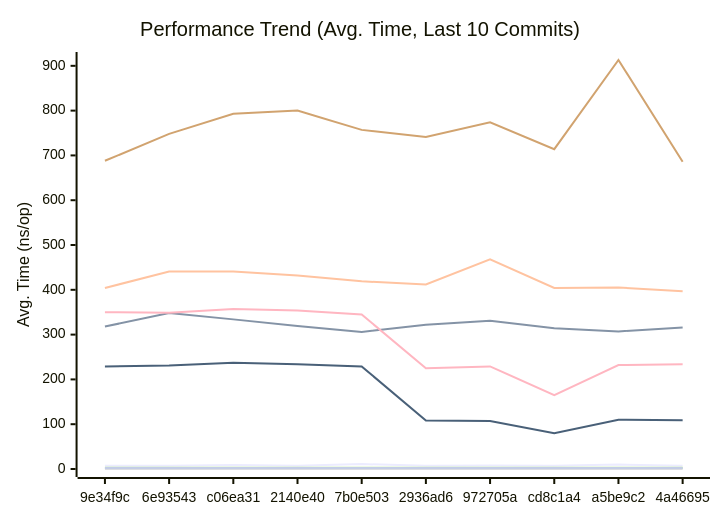
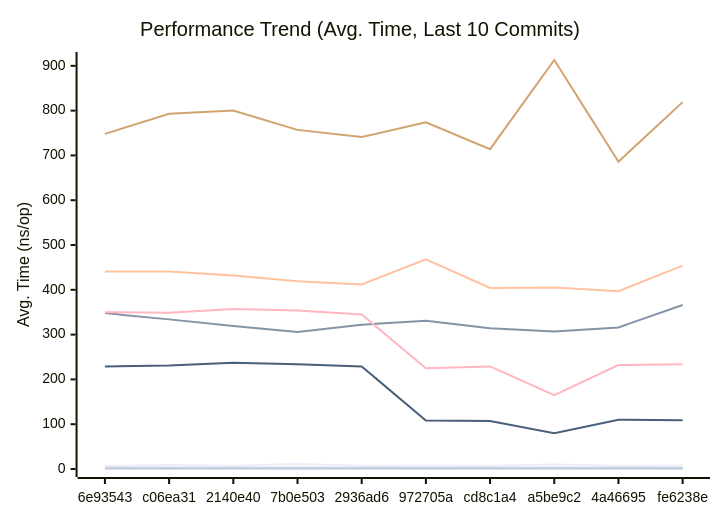
One commit to alsotoes/momo changed the first of 3 diagrams in docs/PERFORMANCE.md. Above: the diagram before and after it, drawn with Mermaid. The commit also changed other lines of this file and 9 other files, not shown here.

````diff
--- a/docs/PERFORMANCE.md
+++ b/docs/PERFORMANCE.md
@@ -80,16 +80,16 @@
 ```mermaid
 xychart-beta
     title "Performance Trend (Avg. Time, Last 10 Commits)"
     x-axis "Commit"
     y-axis "Avg. Time (ns/op)"
-    x-axis [9e34f9c,6e93543,c06ea31,2140e40,7b0e503,2936ad6,972705a,cd8c1a4,a5be9c2,4a46695]
-    line "CheckMetricsAndSwap" [7,7,9,7,11,7,8,7,10,7]
-    line "CrushOptimized" [318,348,334,319,306,322,331,314,307,316]
-    line "CrushOriginal" [404,441,441,432,419,412,468,404,405,397]
+    x-axis [6e93543,c06ea31,2140e40,7b0e503,2936ad6,972705a,cd8c1a4,a5be9c2,4a46695,fe6238e]
+    line "CheckMetricsAndSwap" [7,9,7,11,7,8,7,10,7,8]
+    line "CrushOptimized" [348,334,319,306,322,331,314,307,316,366]
+    line "CrushOriginal" [441,441,432,419,412,468,404,405,397,454]
     line "IndexDirectTracking" [0,0,0,0,0,0,0,0,0,0]
     line "IndexSearch" [3,3,3,3,3,3,3,3,3,3]
-    line "LoadGlobalConfig" [688,748,793,800,757,741,774,714,913,686]
+    line "LoadGlobalConfig" [748,793,800,757,741,774,714,913,686,819]
     line "PadString" [2,2,2,2,2,2,2,2,2,2]
     line "ParseReplicationOrder_NoPrealloc" [350,349,357,354,345,225,229,165,232,234]
     line "ParseReplicationOrder_Prealloc" [229,231,237,234,229,108,107,80,110,109]
 ```
````
